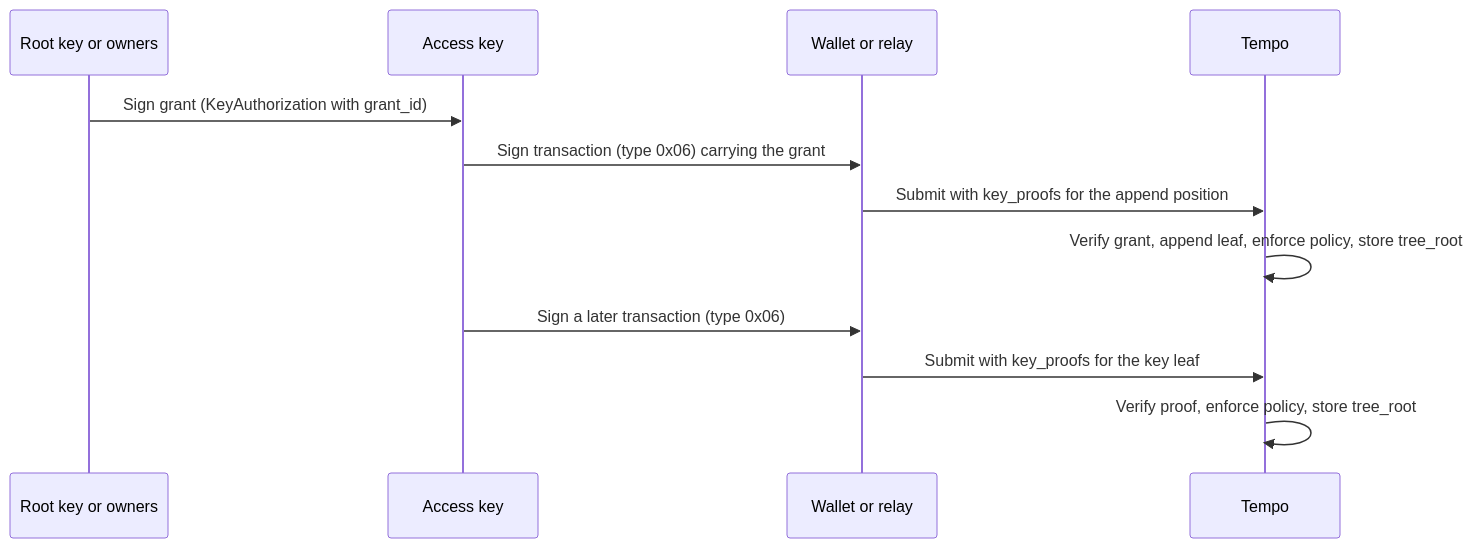
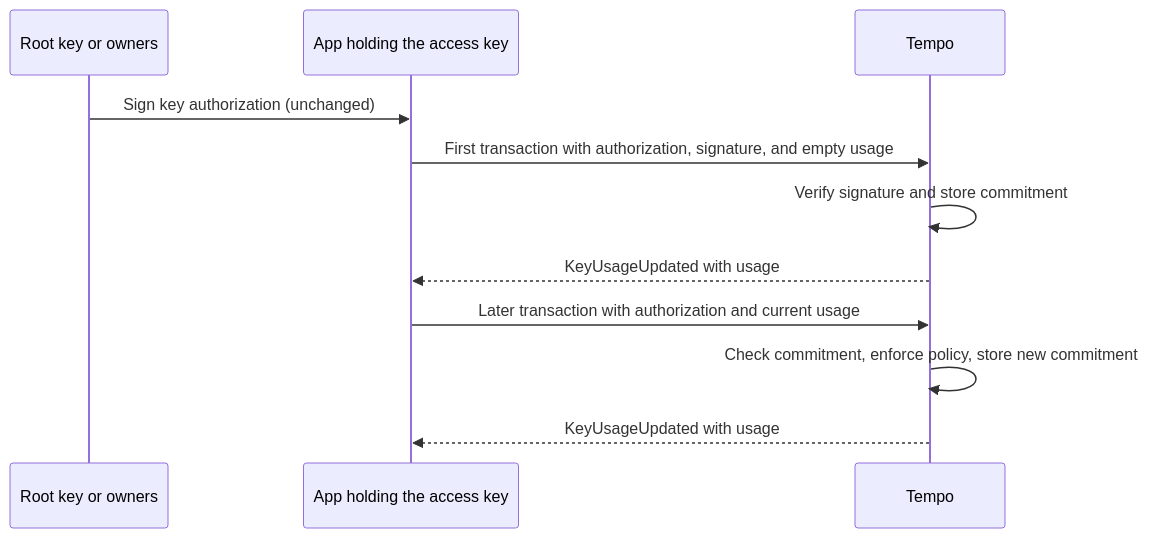
The diagram in tips/tip-1134.md (tempoxyz/tempo), drawn with Mermaid before and after one commit. The commit also changed other lines of this file, not shown here.

First line of the commit message:
docs(tip-1134): store one commitment per key instead of a key tree

````diff
--- a/tips/tip-1134.md
+++ b/tips/tip-1134.md
@@ -41,15 +41,14 @@
 ```mermaid
 sequenceDiagram
     participant Authority as Root key or owners
-    participant Key as Access key
-    participant Relay as Wallet or relay
+    participant App as App holding the access key
     participant Tempo
 
-    Authority->>Key: Sign grant (KeyAuthorization with grant_id)
-    Key->>Relay: Sign transaction (type 0x06) carrying the grant
-    Relay->>Tempo: Submit with key_proofs for the append position
-    Tempo->>Tempo: Verify grant, append leaf, enforce policy, store tree_root
-    Key->>Relay: Sign a later transaction (type 0x06)
-    Relay->>Tempo: Submit with key_proofs for the key leaf
-    Tempo->>Tempo: Verify proof, enforce policy, store tree_root
+    Authority->>App: Sign key authorization (unchanged)
+    App->>Tempo: First transaction with authorization, signature, and empty usage
+    Tempo->>Tempo: Verify signature and store commitment
+    Tempo-->>App: KeyUsageUpdated with usage
+    App->>Tempo: Later transaction with authorization and current usage
+    Tempo->>Tempo: Check commitment, enforce policy, store new commitment
+    Tempo-->>App: KeyUsageUpdated with usage
 ```
````
